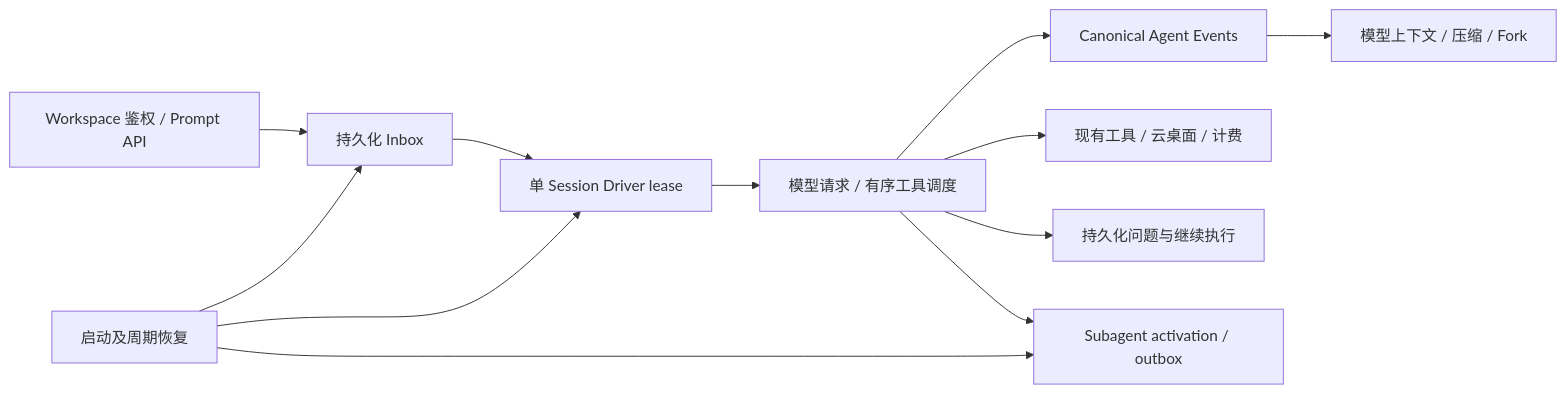
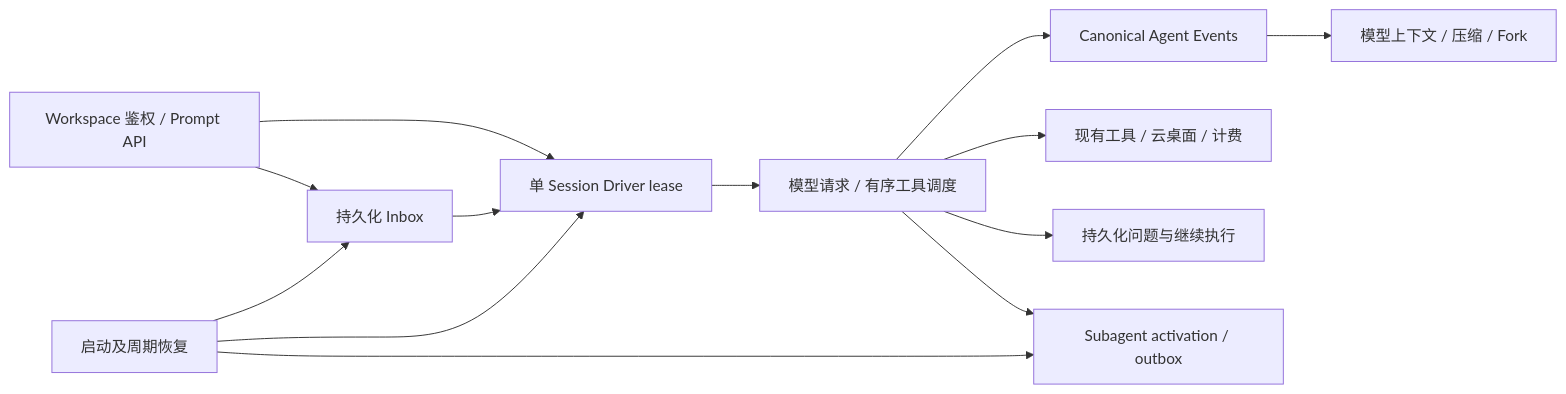
Before and after one commit to arkstudio-ai/OpenBox: the diagram in docs/AGENT_KERNEL_ARCHITECTURE.md, drawn with Mermaid. The commit also changed other lines of this file and 20 other files, not shown here.

````diff
--- a/docs/AGENT_KERNEL_ARCHITECTURE.md
+++ b/docs/AGENT_KERNEL_ARCHITECTURE.md
@@ -9,14 +9,15 @@
 ```mermaid
 flowchart LR
   API[Workspace 鉴权 / Prompt API] --> Inbox[持久化 Inbox]
+  API --> Driver
   Inbox --> Driver[单 Session Driver lease]
   Driver --> Loop[模型请求 / 有序工具调度]
   Loop --> Events[Canonical Agent Events]
   Events --> History[模型上下文 / 压缩 / Fork]
   Loop --> Product[现有工具 / 云桌面 / 计费]
   Loop --> Questions[持久化问题与继续执行]
   Loop --> Child[Subagent activation / outbox]
   Recovery[启动及周期恢复] --> Driver
   Recovery --> Inbox
   Recovery --> Child
 ```
````
